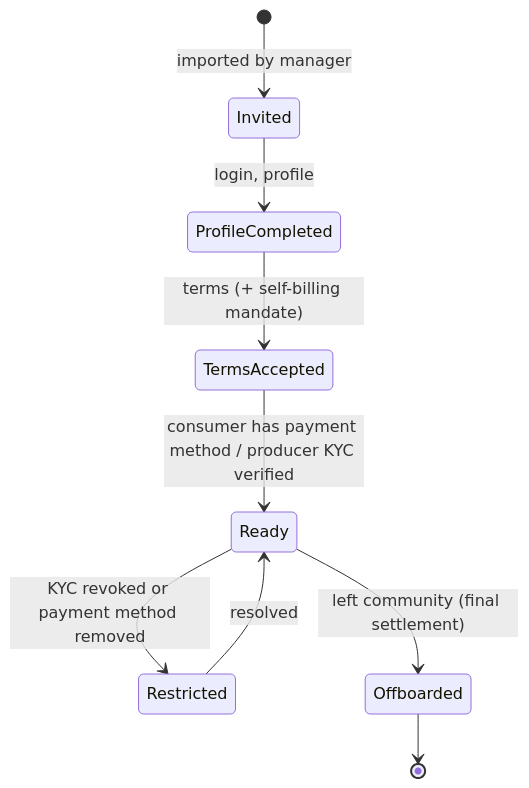
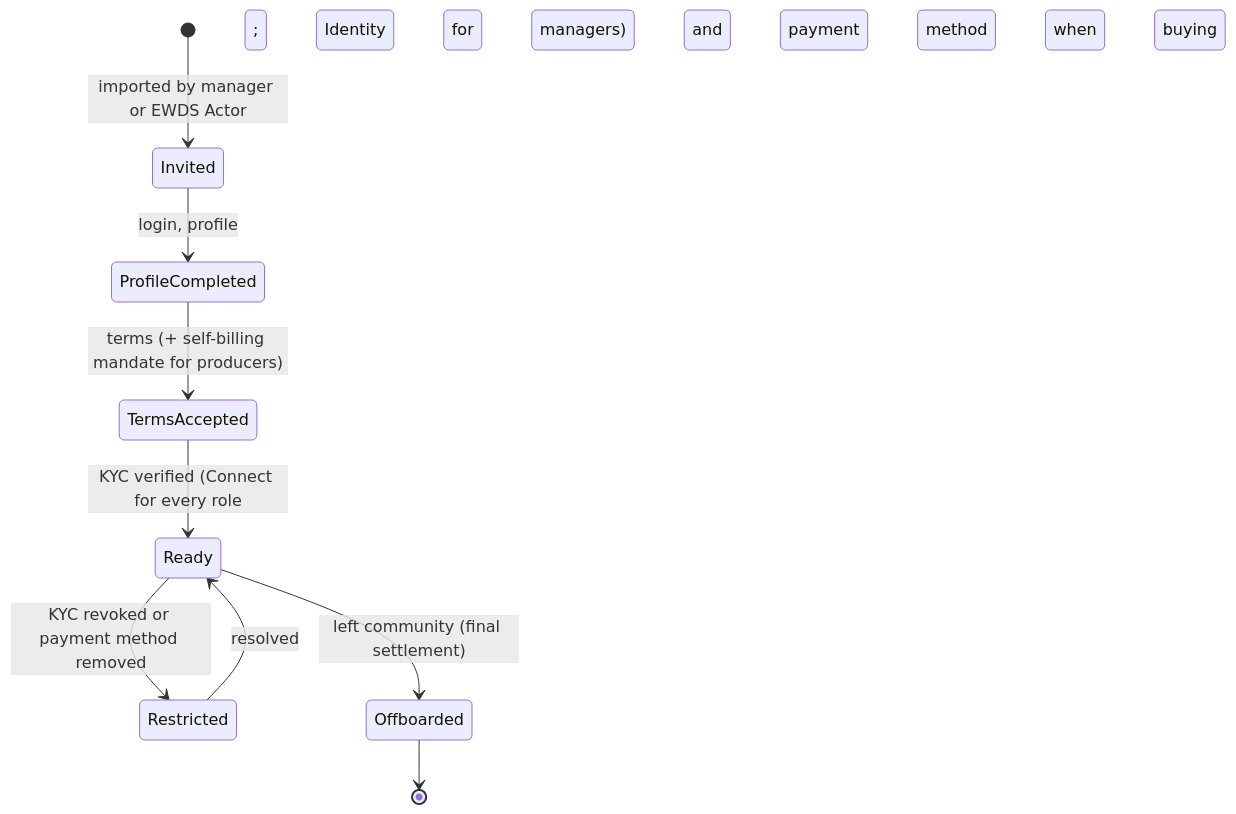
The ninth of 9 diagrams in docs/architecture/02-logical-architecture.md (blooo-io/intelligent-eu-bps-source), drawn with Mermaid before and after one commit. The commit also changed other lines of this file and 111 other files, not shown here.

````diff
--- a/docs/architecture/02-logical-architecture.md
+++ b/docs/architecture/02-logical-architecture.md
@@ -323,12 +324,12 @@
 ```mermaid
 %% elk %%
 stateDiagram-v2
-  [*] --> Invited: imported by manager
+  [*] --> Invited: imported by manager or EWDS Actor
   Invited --> ProfileCompleted: login, profile
-  ProfileCompleted --> TermsAccepted: terms (+ self-billing mandate)
-  TermsAccepted --> Ready: consumer has payment method / producer KYC verified
+  ProfileCompleted --> TermsAccepted: terms (+ self-billing mandate for producers)
+  TermsAccepted --> Ready: KYC verified (Connect for every role; Identity for managers) and payment method when buying
   Ready --> Restricted: KYC revoked or payment method removed
   Restricted --> Ready: resolved
   Ready --> Offboarded: left community (final settlement)
   Offboarded --> [*]
 ```
````
